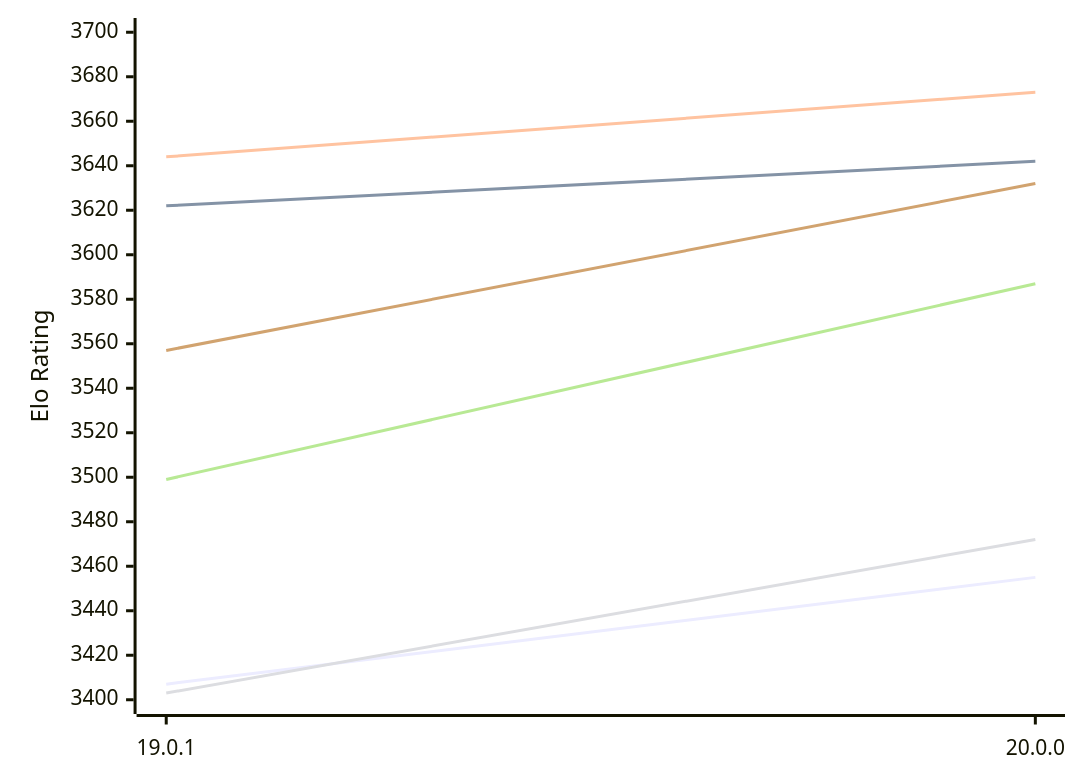
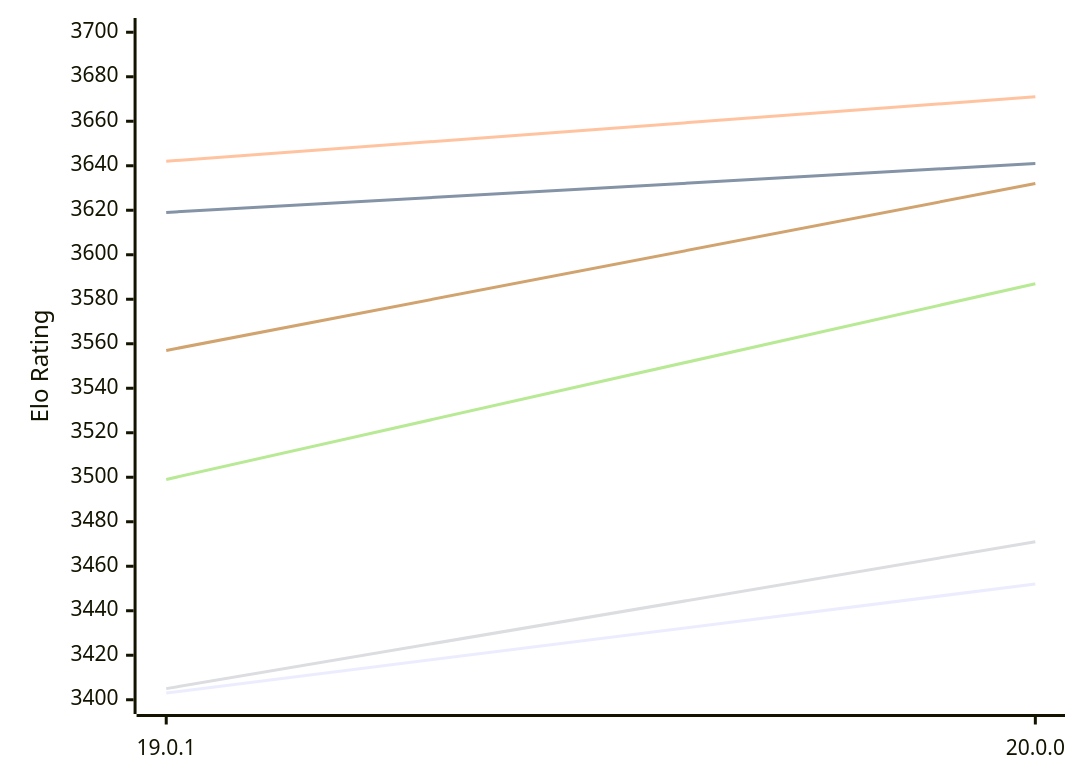
Before and after one commit to computer-chess-index/cci: the first of 2 diagrams in engines/Viridithas.md, drawn with Mermaid. The commit also changed other lines of this file, not shown here.

Commit message:
Update CCI Ratings (ELO VLTC) - 2026-11-27

````diff
--- a/engines/Viridithas.md
+++ b/engines/Viridithas.md
@@ -58,12 +58,12 @@
 ```mermaid
 %%{init: {"theme":"base","themeVariables":{"seriesColors:['#a3a3a3','#222221','#faa371']}}}%%
 xychart-beta
   x-axis ["19.0.1", "20.0.0"]
   y-axis "Elo Rating" 3400 --> 3700
-  line "E1: STC (8.0+0.08s)" [3407, 3455]
-  line "E1: LTC (60.0+0.60s)" [3622, 3642]
-  line "E1: VLTC (2m24s+1.12s)" [3644, 3673]
-  line "P1: STC (8.0+0.08s)" [3403, 3472]
+  line "E1: STC (8.0+0.08s)" [3403, 3452]
+  line "E1: LTC (60.0+0.60s)" [3619, 3641]
+  line "E1: VLTC (2m24s+1.12s)" [3642, 3671]
+  line "P1: STC (8.0+0.08s)" [3405, 3471]
   line "P1: LTC (60.0+0.60s)" [3499, 3587]
   line "P1: VLTC (2m24s+1.12s)" [3557, 3632]
 ```
````
